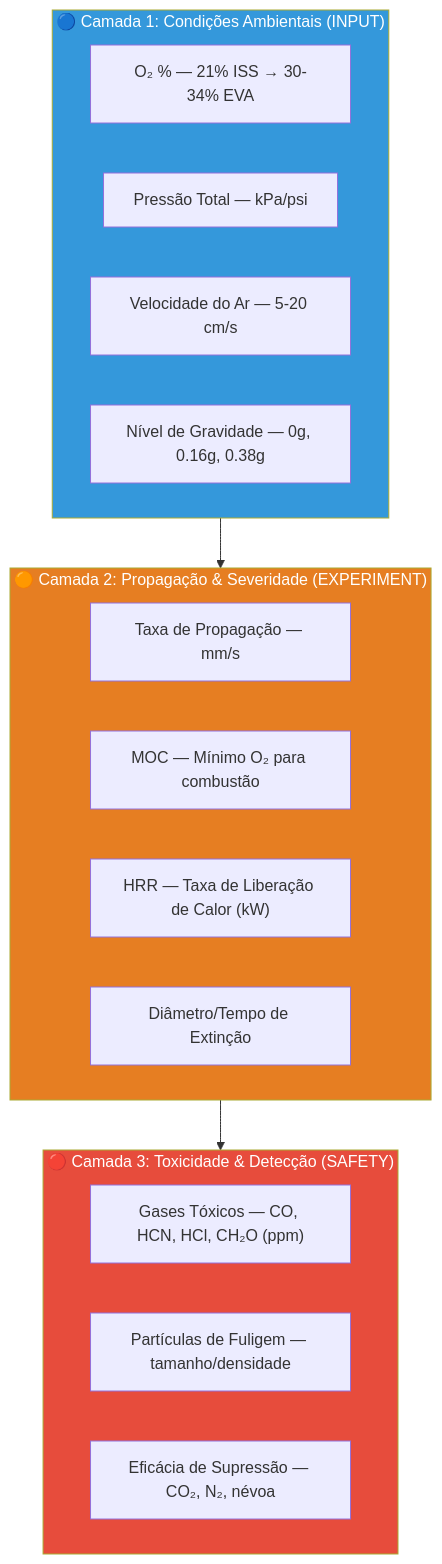
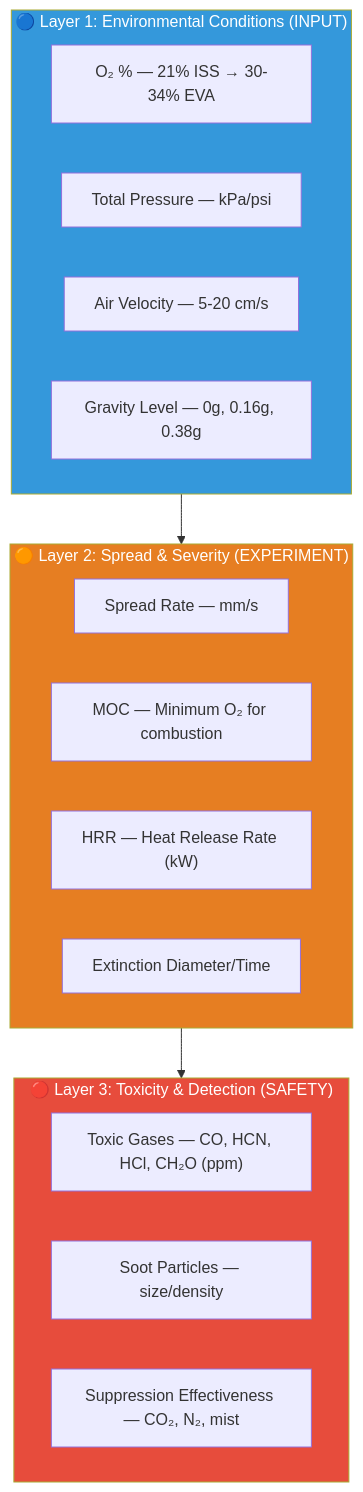
One commit to praedecis-labs/blue-ember changed the second of 3 diagrams in docs/missao-dashboard.md. Above: the diagram before and after it, drawn with Mermaid. The commit also changed other lines of this file and 57 other files, not shown here.

````diff
--- a/docs/missao-dashboard.md
+++ b/docs/missao-dashboard.md
@@ -61,28 +61,28 @@
 ```mermaid
 flowchart TD
-    subgraph C1["🔵 Camada 1: Condições Ambientais (INPUT)"]
+    subgraph C1["🔵 Layer 1: Environmental Conditions (INPUT)"]
         O2["O₂ % — 21% ISS → 30-34% EVA"]
-        P["Pressão Total — kPa/psi"]
-        V["Velocidade do Ar — 5-20 cm/s"]
-        G["Nível de Gravidade — 0g, 0.16g, 0.38g"]
+        P["Total Pressure — kPa/psi"]
+        V["Air Velocity — 5-20 cm/s"]
+        G["Gravity Level — 0g, 0.16g, 0.38g"]
     end
     
-    subgraph C2["🟠 Camada 2: Propagação & Severidade (EXPERIMENT)"]
-        TP["Taxa de Propagação — mm/s"]
-        MOC["MOC — Mínimo O₂ para combustão"]
-        HRR["HRR — Taxa de Liberação de Calor (kW)"]
-        EXT["Diâmetro/Tempo de Extinção"]
+    subgraph C2["🟠 Layer 2: Spread & Severity (EXPERIMENT)"]
+        TP["Spread Rate — mm/s"]
+        MOC["MOC — Minimum O₂ for combustion"]
+        HRR["HRR — Heat Release Rate (kW)"]
+        EXT["Extinction Diameter/Time"]
     end
     
-    subgraph C3["🔴 Camada 3: Toxicidade & Detecção (SAFETY)"]
-        TOX["Gases Tóxicos — CO, HCN, HCl, CH₂O (ppm)"]
-        PART["Partículas de Fuligem — tamanho/densidade"]
-        SUP["Eficácia de Supressão — CO₂, N₂, névoa"]
+    subgraph C3["🔴 Layer 3: Toxicity & Detection (SAFETY)"]
+        TOX["Toxic Gases — CO, HCN, HCl, CH₂O (ppm)"]
+        PART["Soot Particles — size/density"]
+        SUP["Suppression Effectiveness — CO₂, N₂, mist"]
     end
     
     C1 --> C2 --> C3
     
     style C1 fill:#3498db,color:#fff
     style C2 fill:#e67e22,color:#fff
     style C3 fill:#e74c3c,color:#fff
 ```
````
